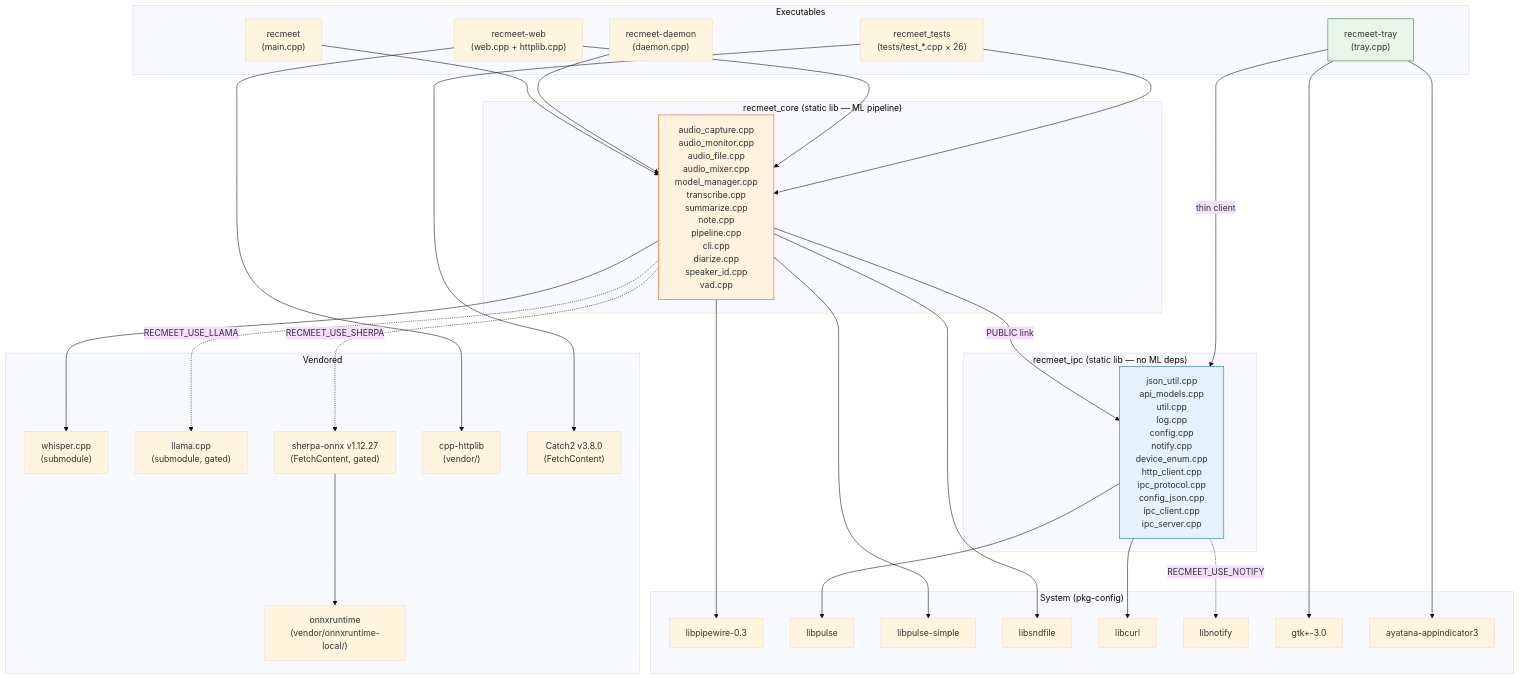
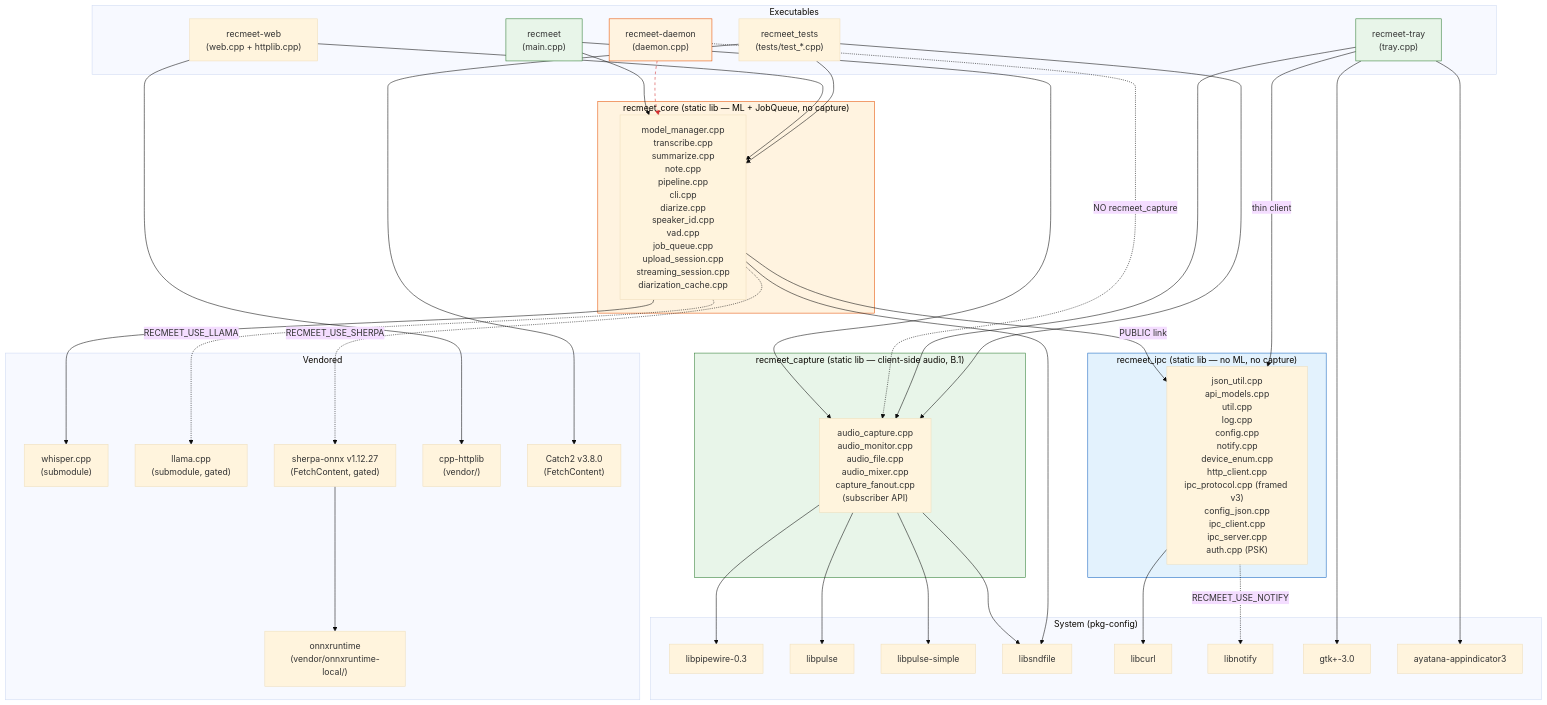
One commit to suykerbuyk/recmeet changed the second of 33 diagrams in docs/COMPONENT-DIAGRAMS.md. Above: the diagram before and after it, drawn with Mermaid (base theme). The commit also changed other lines of this file and 19 other files, not shown here.

````diff
--- a/docs/COMPONENT-DIAGRAMS.md
+++ b/docs/COMPONENT-DIAGRAMS.md
@@ -155,22 +174,26 @@
 ```mermaid
 graph TB
-    subgraph "recmeet_ipc (static lib — no ML deps)"
-        IPC_SRC["json_util.cpp<br/>api_models.cpp<br/>util.cpp<br/>log.cpp<br/>config.cpp<br/>notify.cpp<br/>device_enum.cpp<br/>http_client.cpp<br/>ipc_protocol.cpp<br/>config_json.cpp<br/>ipc_client.cpp<br/>ipc_server.cpp"]
+    subgraph IPC_LIB ["recmeet_ipc (static lib — no ML, no capture)"]
+        IPC_SRC["json_util.cpp<br/>api_models.cpp<br/>util.cpp<br/>log.cpp<br/>config.cpp<br/>notify.cpp<br/>device_enum.cpp<br/>http_client.cpp<br/>ipc_protocol.cpp (framed v3)<br/>config_json.cpp<br/>ipc_client.cpp<br/>ipc_server.cpp<br/>auth.cpp (PSK)"]
     end
 
-    subgraph "recmeet_core (static lib — ML pipeline)"
-        CORE_SRC["audio_capture.cpp<br/>audio_monitor.cpp<br/>audio_file.cpp<br/>audio_mixer.cpp<br/>model_manager.cpp<br/>transcribe.cpp<br/>summarize.cpp<br/>note.cpp<br/>pipeline.cpp<br/>cli.cpp<br/>diarize.cpp<br/>speaker_id.cpp<br/>vad.cpp"]
+    subgraph CAPTURE_LIB ["recmeet_capture (static lib — client-side audio, B.1)"]
+        CAP_SRC["audio_capture.cpp<br/>audio_monitor.cpp<br/>audio_file.cpp<br/>audio_mixer.cpp<br/>capture_fanout.cpp<br/>(subscriber API)"]
     end
 
-    subgraph "Executables"
+    subgraph CORE_LIB ["recmeet_core (static lib — ML + JobQueue, no capture)"]
+        CORE_SRC["model_manager.cpp<br/>transcribe.cpp<br/>summarize.cpp<br/>note.cpp<br/>pipeline.cpp<br/>cli.cpp<br/>diarize.cpp<br/>speaker_id.cpp<br/>vad.cpp<br/>job_queue.cpp<br/>upload_session.cpp<br/>streaming_session.cpp<br/>diarization_cache.cpp"]
+    end
+
+    subgraph BINS ["Executables"]
         BIN_CLI["recmeet<br/>(main.cpp)"]
         BIN_DAEMON["recmeet-daemon<br/>(daemon.cpp)"]
         BIN_WEB["recmeet-web<br/>(web.cpp + httplib.cpp)"]
         BIN_TRAY["recmeet-tray<br/>(tray.cpp)"]
-        BIN_TEST["recmeet_tests<br/>(tests/test_*.cpp × 26)"]
+        BIN_TEST["recmeet_tests<br/>(tests/test_*.cpp)"]
     end
 
-    subgraph "Vendored"
+    subgraph VENDORED ["Vendored"]
         V_WHISPER["whisper.cpp<br/>(submodule)"]
         V_LLAMA["llama.cpp<br/>(submodule, gated)"]
         V_SHERPA["sherpa-onnx v1.12.27<br/>(FetchContent, gated)"]
@@ -179,7 +202,7 @@
         V_CATCH["Catch2 v3.8.0<br/>(FetchContent)"]
     end
 
-    subgraph "System (pkg-config)"
+    subgraph SYSTEM ["System (pkg-config)"]
         SYS_PW["libpipewire-0.3"]
         SYS_PA["libpulse"]
         SYS_PAS["libpulse-simple"]
@@ -191,32 +214,44 @@
     end
 
     %% recmeet_ipc deps
-    IPC_SRC --> SYS_PA
     IPC_SRC --> SYS_CURL
     IPC_SRC -.->|"RECMEET_USE_NOTIFY"| SYS_NOTIFY
 
-    %% recmeet_core deps
+    %% recmeet_capture deps (client-side only)
+    CAP_SRC --> SYS_PW
+    CAP_SRC --> SYS_PA
+    CAP_SRC --> SYS_PAS
+    CAP_SRC --> SYS_SF
+
+    %% recmeet_core deps (NO PipeWire/Pulse)
     CORE_SRC -->|"PUBLIC link"| IPC_SRC
     CORE_SRC --> V_WHISPER
     CORE_SRC -.->|"RECMEET_USE_LLAMA"| V_LLAMA
     CORE_SRC -.->|"RECMEET_USE_SHERPA"| V_SHERPA
     V_SHERPA --> V_ONNX
-    CORE_SRC --> SYS_PW
-    CORE_SRC --> SYS_PAS
     CORE_SRC --> SYS_SF
 
-    %% Binary links
+    %% Binary links — daemon has NO capture
     BIN_CLI --> CORE_SRC
+    BIN_CLI --> CAP_SRC
     BIN_DAEMON --> CORE_SRC
+    BIN_DAEMON -.->|"NO recmeet_capture"| CAP_SRC
     BIN_WEB --> CORE_SRC
     BIN_WEB --> V_HTTPLIB
     BIN_TRAY -->|"thin client"| IPC_SRC
+    BIN_TRAY --> CAP_SRC
     BIN_TRAY --> SYS_GTK
     BIN_TRAY --> SYS_AI
     BIN_TEST --> CORE_SRC
+    BIN_TEST --> CAP_SRC
     BIN_TEST --> V_CATCH
 
+    linkStyle 14 stroke:#d32f2f,stroke-dasharray:5 5
+
     style BIN_TRAY fill:#e8f5e9,stroke:#2e7d32
-    style IPC_SRC fill:#e3f2fd,stroke:#1565c0
-    style CORE_SRC fill:#fff3e0,stroke:#e65100
+    style BIN_CLI fill:#e8f5e9,stroke:#2e7d32
+    style BIN_DAEMON fill:#fff3e0,stroke:#e65100
+    style IPC_LIB fill:#e3f2fd,stroke:#1565c0
+    style CAPTURE_LIB fill:#e8f5e9,stroke:#2e7d32
+    style CORE_LIB fill:#fff3e0,stroke:#e65100
 ```
````
